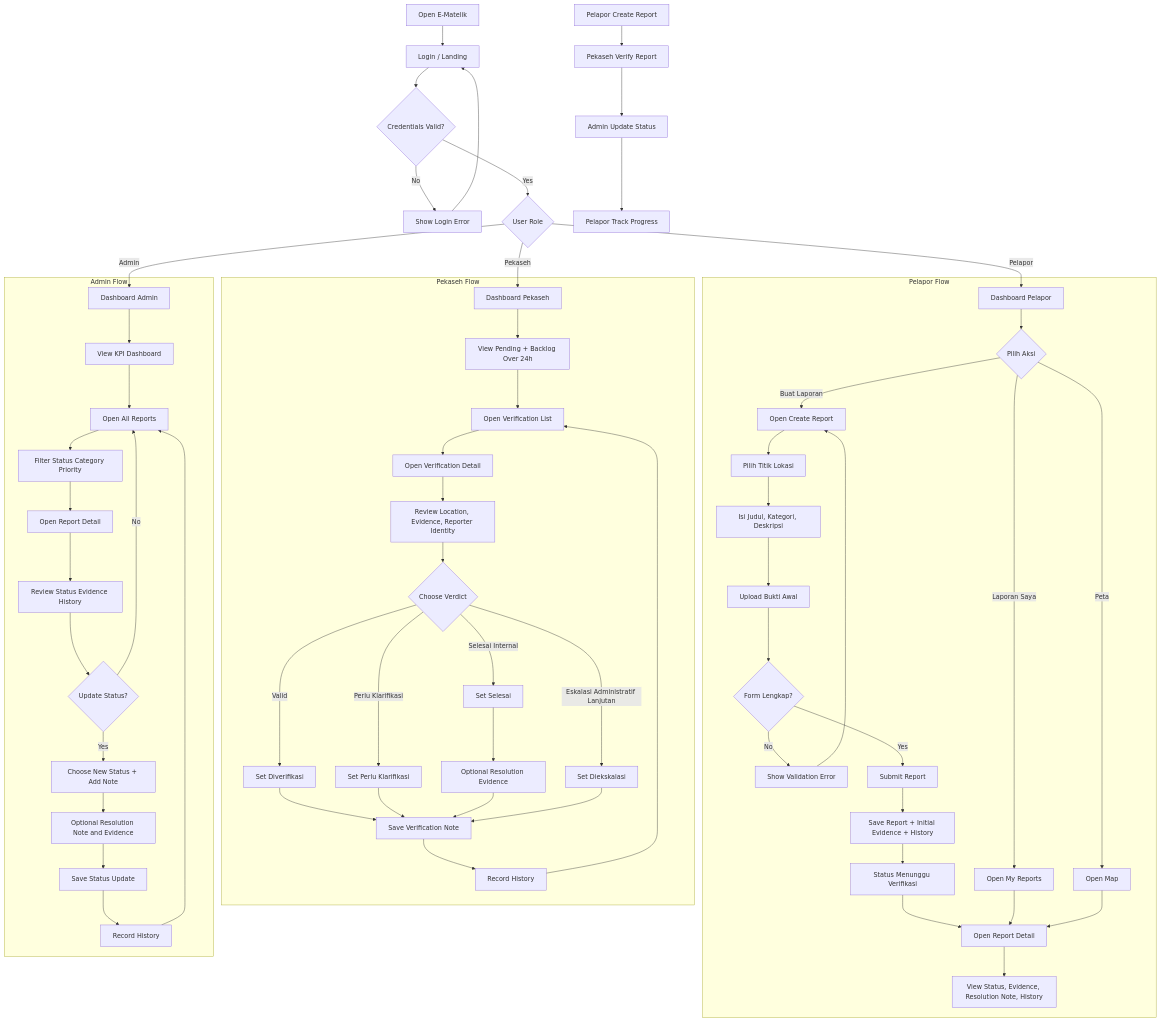
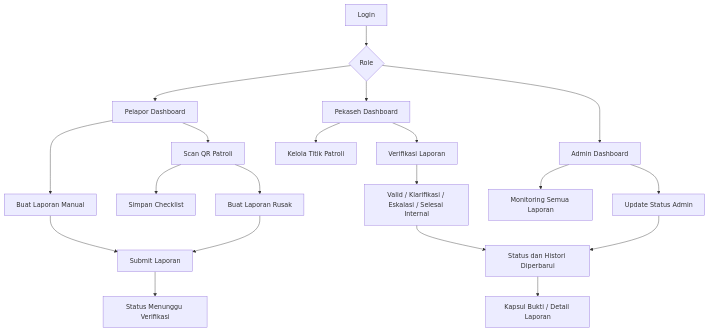
The diagram in docs/mermaid/userflow.mmd (MosesSimangunsong/E-Matelik), drawn with Mermaid before and after one commit. The commit also changed 47 other files, not shown here.

```diff
--- a/docs/mermaid/userflow.mmd
+++ b/docs/mermaid/userflow.mmd
@@ -1,74 +1,24 @@
 flowchart TD
-    A[Open E-Matelik] --> B[Login / Landing]
-    B --> C{Credentials Valid?}
-    C -- No --> D[Show Login Error]
-    D --> B
-    C -- Yes --> E{User Role}
+    A[Login] --> B{Role}
+    B --> C[Pelapor Dashboard]
+    B --> D[Pekaseh Dashboard]
+    B --> E[Admin Dashboard]
 
-    E -- Pelapor --> P1[Dashboard Pelapor]
-    E -- Pekaseh --> K1[Dashboard Pekaseh]
-    E -- Admin --> A1[Dashboard Admin]
+    C --> C1[Scan QR Patroli]
+    C --> C2[Buat Laporan Manual]
+    C1 --> C3[Simpan Checklist]
+    C1 --> C4[Buat Laporan Rusak]
+    C2 --> C5[Submit Laporan]
+    C4 --> C5
+    C5 --> F[Status Menunggu Verifikasi]
 
-    subgraph PELAPOR_FLOW [Pelapor Flow]
-        P1 --> P2{Pilih Aksi}
-        P2 -->|Buat Laporan| P3[Open Create Report]
-        P2 -->|Laporan Saya| P10[Open My Reports]
-        P2 -->|Peta| P14[Open Map]
+    D --> D1[Kelola Titik Patroli]
+    D --> D2[Verifikasi Laporan]
+    D2 --> D3[Valid / Klarifikasi / Eskalasi / Selesai Internal]
+    D3 --> G[Status dan Histori Diperbarui]
 
-        P3 --> P4[Pilih Titik Lokasi]
-        P4 --> P5[Isi Judul, Kategori, Deskripsi]
-        P5 --> P6[Upload Bukti Awal]
-        P6 --> P7{Form Lengkap?}
-        P7 -- No --> P8[Show Validation Error]
-        P8 --> P3
-        P7 -- Yes --> P9[Submit Report]
-        P9 --> P11[Save Report + Initial Evidence + History]
-        P11 --> P12[Status Menunggu Verifikasi]
-        P12 --> P13[Open Report Detail]
+    E --> E1[Monitoring Semua Laporan]
+    E --> E2[Update Status Admin]
+    E2 --> G
 
-        P10 --> P13
-        P14 --> P13
-
-        P13 --> P15[View Status, Evidence, Resolution Note, History]
-    end
-
-    subgraph PEKASEH_FLOW [Pekaseh Flow]
-        K1 --> K2[View Pending + Backlog Over 24h]
-        K2 --> K3[Open Verification List]
-        K3 --> K4[Open Verification Detail]
-        K4 --> K5[Review Location, Evidence, Reporter Identity]
-        K5 --> K6{Choose Verdict}
-
-        K6 -->|Valid| K7[Set Diverifikasi]
-        K6 -->|Perlu Klarifikasi| K8[Set Perlu Klarifikasi]
-        K6 -->|Selesai Internal| K9[Set Selesai]
-        K6 -->|Eskalasi Administratif Lanjutan| K10[Set Diekskalasi]
-
-        K7 --> K11[Save Verification Note]
-        K8 --> K11
-        K9 --> K12[Optional Resolution Evidence]
-        K12 --> K11
-        K10 --> K11
-
-        K11 --> K13[Record History]
-        K13 --> K3
-    end
-
-    subgraph ADMIN_FLOW [Admin Flow]
-        A1 --> A2[View KPI Dashboard]
-        A2 --> A3[Open All Reports]
-        A3 --> A4[Filter Status Category Priority]
-        A4 --> A5[Open Report Detail]
-        A5 --> A6[Review Status Evidence History]
-        A6 --> A7{Update Status?}
-        A7 -- Yes --> A8[Choose New Status + Add Note]
-        A8 --> A9[Optional Resolution Note and Evidence]
-        A9 --> A10[Save Status Update]
-        A10 --> A11[Record History]
-        A11 --> A3
-        A7 -- No --> A3
-    end
-
-    X1[Pelapor Create Report] --> X2[Pekaseh Verify Report]
-    X2 --> X3[Admin Update Status]
-    X3 --> X4[Pelapor Track Progress]
+    G --> H[Kapsul Bukti / Detail Laporan]
```
